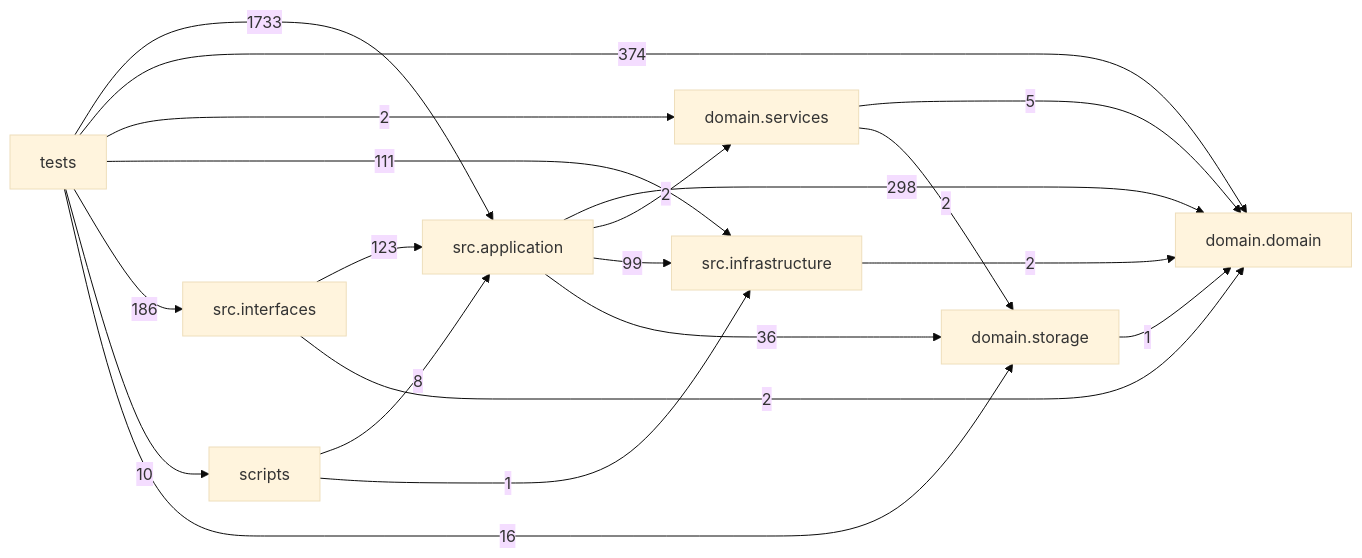
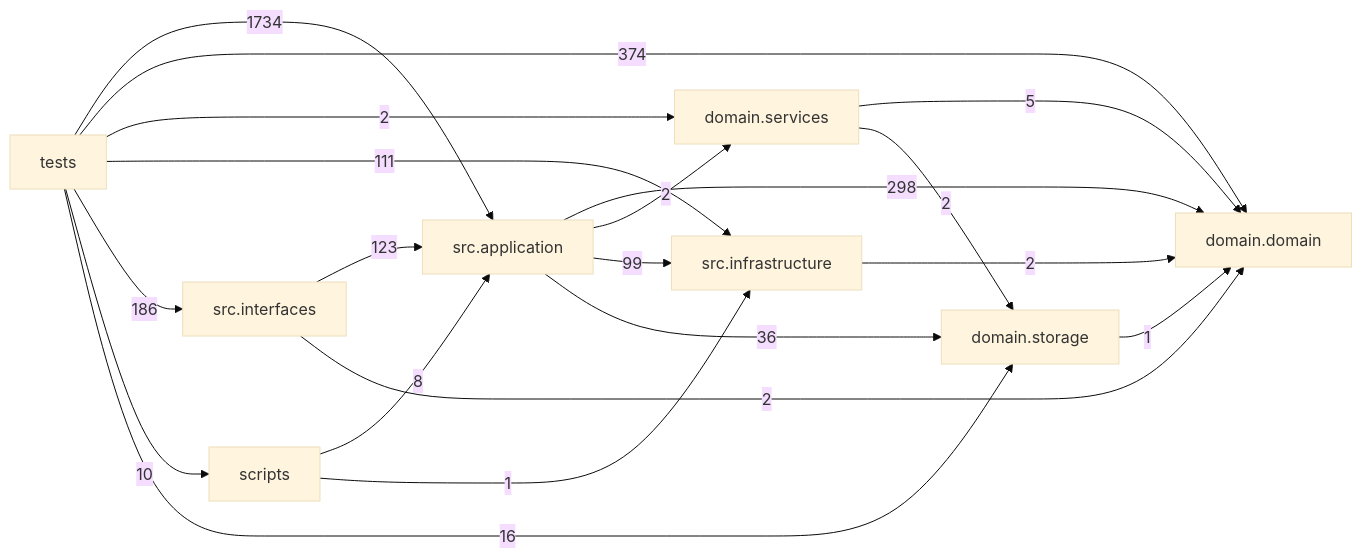
Before and after one commit to liuxie066/options-monitor: the diagram in docs/DEPENDENCY_GRAPH.md, drawn with Mermaid (base theme). The commit also changed other lines of this file and 5 other files, not shown here.

````diff
--- a/docs/DEPENDENCY_GRAPH.md
+++ b/docs/DEPENDENCY_GRAPH.md
@@ -24,30 +24,30 @@
 ```mermaid
 flowchart LR
   tests["tests"]
   scripts["scripts"]
   interfaces["src.interfaces"]
   application["src.application"]
   infrastructure["src.infrastructure"]
   domain_services["domain.services"]
   domain["domain.domain"]
   storage["domain.storage"]
   application -->|298| domain
   application -->|2| domain_services
   application -->|99| infrastructure
   application -->|36| storage
   domain_services -->|5| domain
   domain_services -->|2| storage
   infrastructure -->|2| domain
   interfaces -->|123| application
   interfaces -->|2| domain
   scripts -->|8| application
   scripts -->|1| infrastructure
   storage -->|1| domain
-  tests -->|1733| application
+  tests -->|1734| application
   tests -->|374| domain
   tests -->|2| domain_services
   tests -->|111| infrastructure
   tests -->|186| interfaces
   tests -->|10| scripts
   tests -->|16| storage
 ```
````
